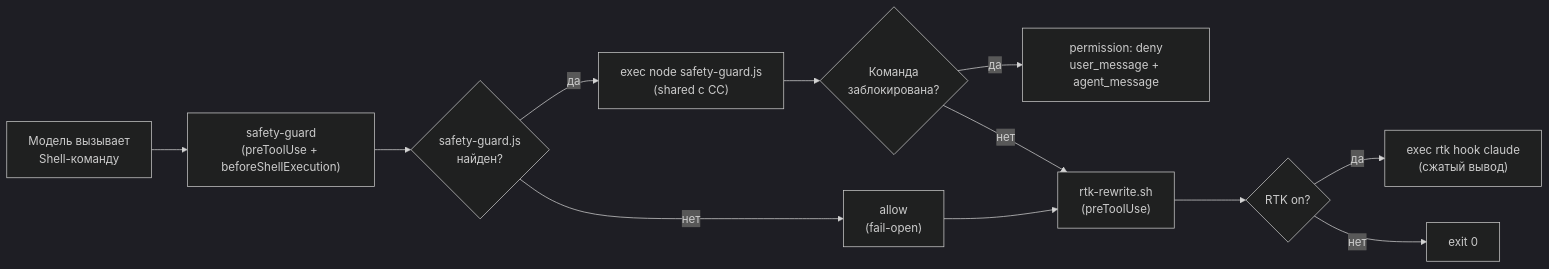
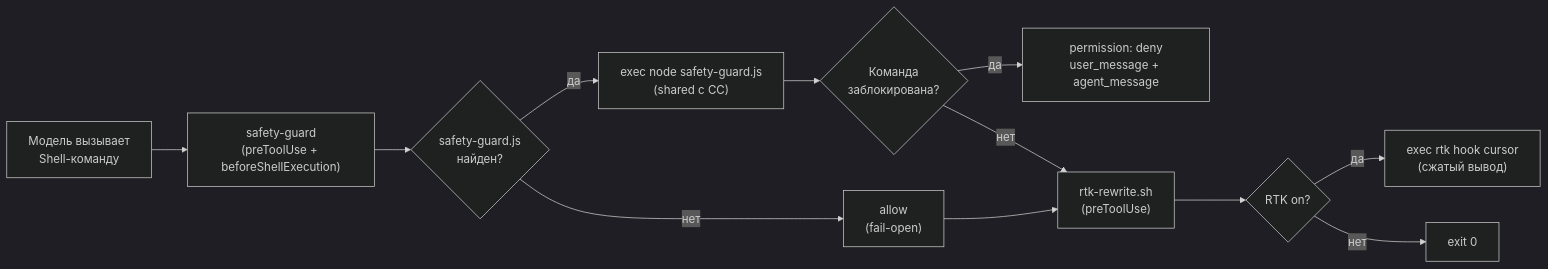
One commit to MFGod/agents-config changed the ninth of 10 diagrams in FLOW.md. Above: the diagram before and after it, drawn with Mermaid (dark theme). The commit also changed other lines of this file and 8 other files, not shown here.

````diff
--- a/FLOW.md
+++ b/FLOW.md
@@ -229,14 +229,14 @@
 ```mermaid
 flowchart LR
     A["Модель вызывает\nShell-команду"] --> SG["safety-guard\n(preToolUse + beforeShellExecution)"]
     SG --> C{"safety-guard.js\nнайден?"}
     C -- да --> D["exec node safety-guard.js\n(shared с CC)"]
     C -- нет --> Z["allow\n(fail-open)"]
     D --> E{"Команда\nзаблокирована?"}
     E -- да --> F["permission: deny\nuser_message + agent_message"]
     E -- нет --> RT["rtk-rewrite.sh\n(preToolUse)"]
     Z --> RT
     RT --> RT1{"RTK on?"}
-    RT1 -- да --> RT2["exec rtk hook claude\n(сжатый вывод)"]
+    RT1 -- да --> RT2["exec rtk hook cursor\n(сжатый вывод)"]
     RT1 -- нет --> RT3["exit 0"]
 ```
````
